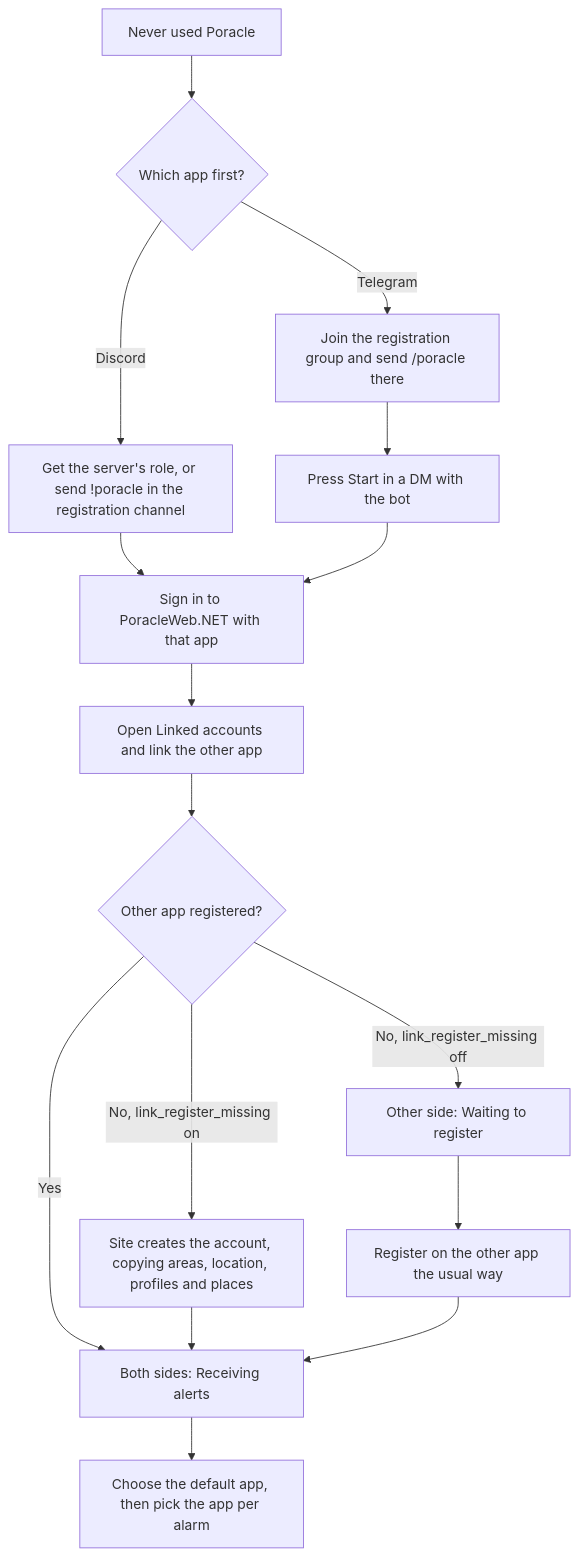
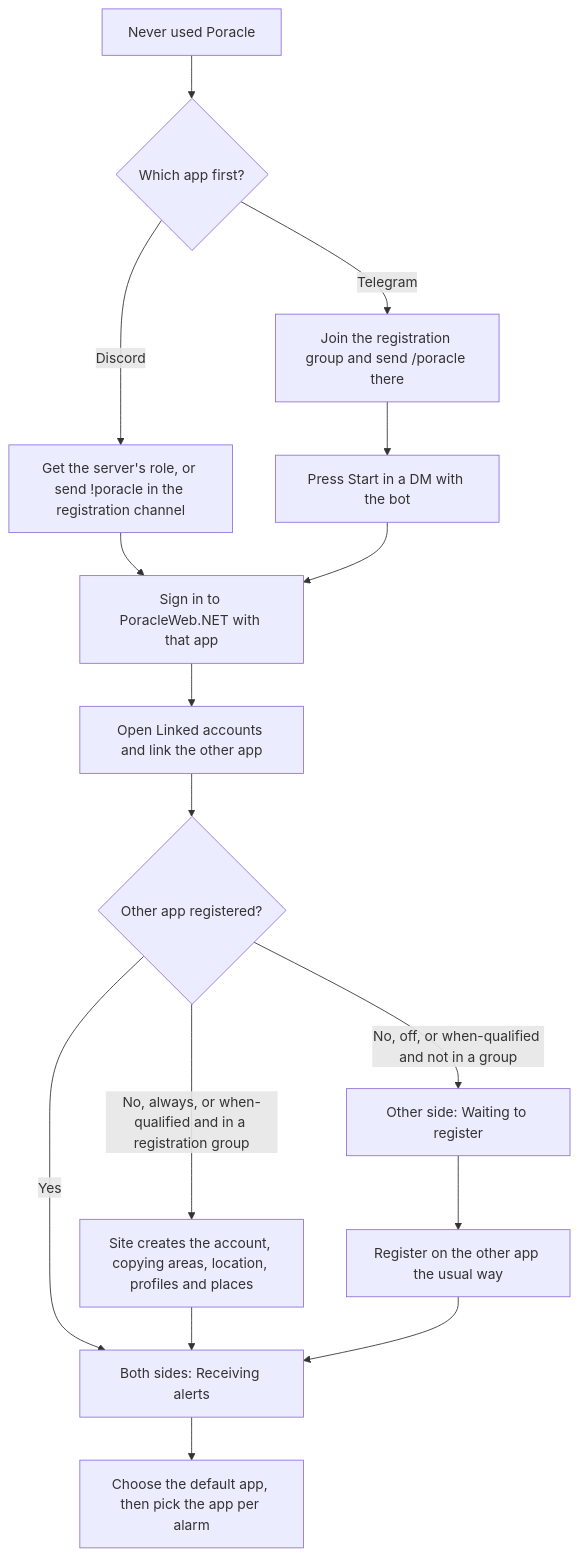
The diagram in docs/features/discord-and-telegram.md (PGAN-Dev/PoracleWeb.NET), drawn with Mermaid before and after one commit. The commit also changed other lines of this file and 39 other files, not shown here.

First line of the commit message:
feat: create a missing Telegram account only when Poracle's registration rule admits the person

````diff
--- a/docs/features/discord-and-telegram.md
+++ b/docs/features/discord-and-telegram.md
@@ -54,18 +55,18 @@
 ```mermaid
 flowchart TD
     A[Never used Poracle] --> B{Which app first?}
     B -->|Discord| C[Get the server's role, or send !poracle in the registration channel]
     B -->|Telegram| D[Join the registration group and send /poracle there]
     D --> D2[Press Start in a DM with the bot]
     C --> E[Sign in to PoracleWeb.NET with that app]
     D2 --> E
     E --> F[Open Linked accounts and link the other app]
     F --> G{Other app registered?}
     G -->|Yes| H[Both sides: Receiving alerts]
-    G -->|No, link_register_missing on| I[Site creates the account, copying areas, location, profiles and places]
+    G -->|No, always, or when-qualified and in a registration group| I[Site creates the account, copying areas, location, profiles and places]
     I --> H
-    G -->|No, link_register_missing off| J[Other side: Waiting to register]
+    G -->|No, off, or when-qualified and not in a group| J[Other side: Waiting to register]
     J --> K[Register on the other app the usual way]
     K --> H
     H --> L[Choose the default app, then pick the app per alarm]
 ```
````
